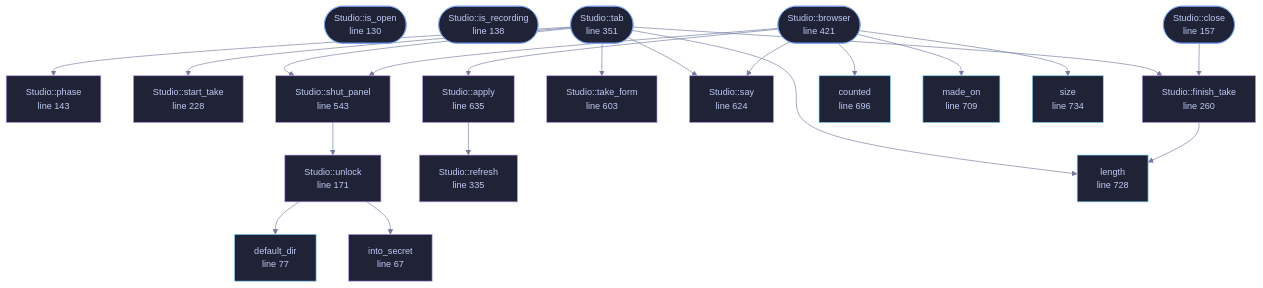
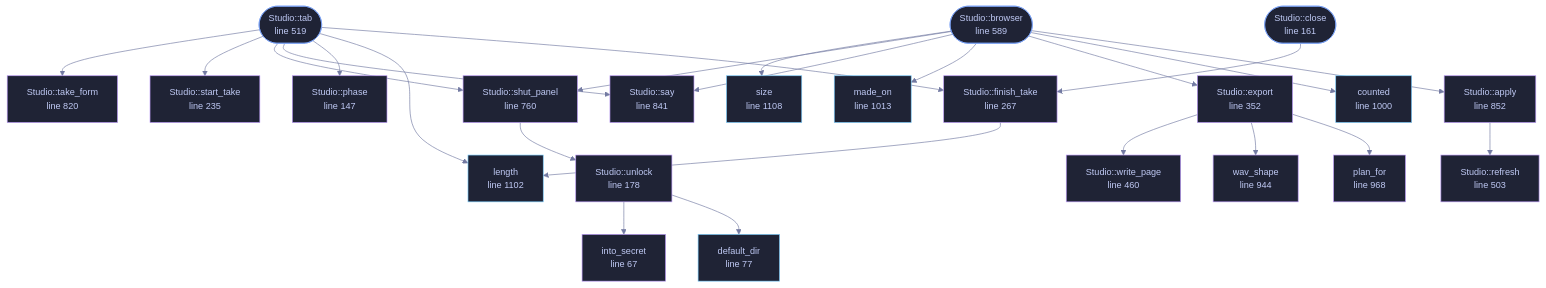
Before and after one commit to tilas01/veilvoice: the diagram in docs/files/veilvoice-gui/studio.md, drawn with Mermaid. The commit also changed other lines of this file and 20 other files, not shown here.

First line of the commit message:
studio: take a recording back out, as a page, a video, or both

````diff
--- a/docs/files/veilvoice-gui/studio.md
+++ b/docs/files/veilvoice-gui/studio.md
@@ -116,69 +120,77 @@
 ```mermaid
 %%{init: {"theme":"base","themeVariables":{"background":"#1a1b26","primaryColor":"#1f2335","primaryTextColor":"#c0caf5","primaryBorderColor":"#7aa2f7","secondaryColor":"#16161e","tertiaryColor":"#16161e","lineColor":"#737aa2","textColor":"#c0caf5","mainBkg":"#1f2335","nodeBorder":"#7aa2f7","clusterBkg":"#16161e","clusterBorder":"#2f3549","fontFamily":"ui-monospace, SFMono-Regular, Consolas, monospace","fontSize":"14px"}}}%%
 flowchart TD
     n_into_secret["into_secret<br/>line 67"]
     n_default_dir["default_dir<br/>line 77"]
-    n_is_open(["Studio::is_open<br/>line 130"])
-    n_is_recording(["Studio::is_recording<br/>line 138"])
-    n_phase["Studio::phase<br/>line 143"]
-    n_close(["Studio::close<br/>line 157"])
-    n_unlock["Studio::unlock<br/>line 171"]
-    n_start_take["Studio::start_take<br/>line 228"]
-    n_finish_take["Studio::finish_take<br/>line 260"]
-    n_refresh["Studio::refresh<br/>line 335"]
-    n_tab(["Studio::tab<br/>line 351"])
-    n_browser(["Studio::browser<br/>line 421"])
-    n_shut_panel["Studio::shut_panel<br/>line 543"]
-    n_take_form["Studio::take_form<br/>line 603"]
-    n_say["Studio::say<br/>line 624"]
-    n_apply["Studio::apply<br/>line 635"]
-    n_counted["counted<br/>line 696"]
-    n_made_on["made_on<br/>line 709"]
-    n_length["length<br/>line 728"]
-    n_size["size<br/>line 734"]
+    n_phase["Studio::phase<br/>line 147"]
+    n_close(["Studio::close<br/>line 161"])
+    n_unlock["Studio::unlock<br/>line 178"]
+    n_start_take["Studio::start_take<br/>line 235"]
+    n_finish_take["Studio::finish_take<br/>line 267"]
+    n_export["Studio::export<br/>line 352"]
+    n_write_page["Studio::write_page<br/>line 460"]
+    n_refresh["Studio::refresh<br/>line 503"]
+    n_tab(["Studio::tab<br/>line 519"])
+    n_browser(["Studio::browser<br/>line 589"])
+    n_shut_panel["Studio::shut_panel<br/>line 760"]
+    n_take_form["Studio::take_form<br/>line 820"]
+    n_say["Studio::say<br/>line 841"]
+    n_apply["Studio::apply<br/>line 852"]
+    n_wav_shape["wav_shape<br/>line 944"]
+    n_plan_for["plan_for<br/>line 968"]
+    n_counted["counted<br/>line 1000"]
+    n_made_on["made_on<br/>line 1013"]
+    n_length["length<br/>line 1102"]
+    n_size["size<br/>line 1108"]
     n_apply --> n_refresh
     n_browser --> n_apply
     n_browser --> n_counted
+    n_browser --> n_export
     n_browser --> n_made_on
     n_browser --> n_say
     n_browser --> n_shut_panel
     n_browser --> n_size
     n_close --> n_finish_take
+    n_export --> n_plan_for
+    n_export --> n_wav_shape
+    n_export --> n_write_page
     n_finish_take --> n_length
     n_shut_panel --> n_unlock
     n_tab --> n_finish_take
     n_tab --> n_length
     n_tab --> n_phase
     n_tab --> n_say
     n_tab --> n_shut_panel
     n_tab --> n_start_take
     n_tab --> n_take_form
     n_unlock --> n_default_dir
     n_unlock --> n_into_secret
     click n_into_secret href "https://github.com/tilas01/veilvoice/blob/main/crates/veilvoice-gui/src/studio.rs#L67" "open the source"
     click n_default_dir href "https://github.com/tilas01/veilvoice/blob/main/crates/veilvoice-gui/src/studio.rs#L77" "open the source"
-    click n_is_open href "https://github.com/tilas01/veilvoice/blob/main/crates/veilvoice-gui/src/studio.rs#L130" "open the source"
-    click n_is_recording href "https://github.com/tilas01/veilvoice/blob/main/crates/veilvoice-gui/src/studio.rs#L138" "open the source"
-    click n_phase href "https://github.com/tilas01/veilvoice/blob/main/crates/veilvoice-gui/src/studio.rs#L143" "open the source"
-    click n_close href "https://github.com/tilas01/veilvoice/blob/main/crates/veilvoice-gui/src/studio.rs#L157" "open the source"
-    click n_unlock href "https://github.com/tilas01/veilvoice/blob/main/crates/veilvoice-gui/src/studio.rs#L171" "open the source"
-    click n_start_take href "https://github.com/tilas01/veilvoice/blob/main/crates/veilvoice-gui/src/studio.rs#L228" "open the source"
-    click n_finish_take href "https://github.com/tilas01/veilvoice/blob/main/crates/veilvoice-gui/src/studio.rs#L260" "open the source"
-    click n_refresh href "https://github.com/tilas01/veilvoice/blob/main/crates/veilvoice-gui/src/studio.rs#L335" "open the source"
-    click n_tab href "https://github.com/tilas01/veilvoice/blob/main/crates/veilvoice-gui/src/studio.rs#L351" "open the source"
-    click n_browser href "https://github.com/tilas01/veilvoice/blob/main/crates/veilvoice-gui/src/studio.rs#L421" "open the source"
-    click n_shut_panel href "https://github.com/tilas01/veilvoice/blob/main/crates/veilvoice-gui/src/studio.rs#L543" "open the source"
-    click n_take_form href "https://github.com/tilas01/veilvoice/blob/main/crates/veilvoice-gui/src/studio.rs#L603" "open the source"
-    click n_say href "https://github.com/tilas01/veilvoice/blob/main/crates/veilvoice-gui/src/studio.rs#L624" "open the source"
-    click n_apply href "https://github.com/tilas01/veilvoice/blob/main/crates/veilvoice-gui/src/studio.rs#L635" "open the source"
-    click n_counted href "https://github.com/tilas01/veilvoice/blob/main/crates/veilvoice-gui/src/studio.rs#L696" "open the source"
-    click n_made_on href "https://github.com/tilas01/veilvoice/blob/main/crates/veilvoice-gui/src/studio.rs#L709" "open the source"
-    click n_length href "https://github.com/tilas01/veilvoice/blob/main/crates/veilvoice-gui/src/studio.rs#L728" "open the source"
-    click n_size href "https://github.com/tilas01/veilvoice/blob/main/crates/veilvoice-gui/src/studio.rs#L734" "open the source"
+    click n_phase href "https://github.com/tilas01/veilvoice/blob/main/crates/veilvoice-gui/src/studio.rs#L147" "open the source"
+    click n_close href "https://github.com/tilas01/veilvoice/blob/main/crates/veilvoice-gui/src/studio.rs#L161" "open the source"
+    click n_unlock href "https://github.com/tilas01/veilvoice/blob/main/crates/veilvoice-gui/src/studio.rs#L178" "open the source"
+    click n_start_take href "https://github.com/tilas01/veilvoice/blob/main/crates/veilvoice-gui/src/studio.rs#L235" "open the source"
+    click n_finish_take href "https://github.com/tilas01/veilvoice/blob/main/crates/veilvoice-gui/src/studio.rs#L267" "open the source"
+    click n_export href "https://github.com/tilas01/veilvoice/blob/main/crates/veilvoice-gui/src/studio.rs#L352" "open the source"
+    click n_write_page href "https://github.com/tilas01/veilvoice/blob/main/crates/veilvoice-gui/src/studio.rs#L460" "open the source"
+    click n_refresh href "https://github.com/tilas01/veilvoice/blob/main/crates/veilvoice-gui/src/studio.rs#L503" "open the source"
+    click n_tab href "https://github.com/tilas01/veilvoice/blob/main/crates/veilvoice-gui/src/studio.rs#L519" "open the source"
+    click n_browser href "https://github.com/tilas01/veilvoice/blob/main/crates/veilvoice-gui/src/studio.rs#L589" "open the source"
+    click n_shut_panel href "https://github.com/tilas01/veilvoice/blob/main/crates/veilvoice-gui/src/studio.rs#L760" "open the source"
+    click n_take_form href "https://github.com/tilas01/veilvoice/blob/main/crates/veilvoice-gui/src/studio.rs#L820" "open the source"
+    click n_say href "https://github.com/tilas01/veilvoice/blob/main/crates/veilvoice-gui/src/studio.rs#L841" "open the source"
+    click n_apply href "https://github.com/tilas01/veilvoice/blob/main/crates/veilvoice-gui/src/studio.rs#L852" "open the source"
+    click n_wav_shape href "https://github.com/tilas01/veilvoice/blob/main/crates/veilvoice-gui/src/studio.rs#L944" "open the source"
+    click n_plan_for href "https://github.com/tilas01/veilvoice/blob/main/crates/veilvoice-gui/src/studio.rs#L968" "open the source"
+    click n_counted href "https://github.com/tilas01/veilvoice/blob/main/crates/veilvoice-gui/src/studio.rs#L1000" "open the source"
+    click n_made_on href "https://github.com/tilas01/veilvoice/blob/main/crates/veilvoice-gui/src/studio.rs#L1013" "open the source"
+    click n_length href "https://github.com/tilas01/veilvoice/blob/main/crates/veilvoice-gui/src/studio.rs#L1102" "open the source"
+    click n_size href "https://github.com/tilas01/veilvoice/blob/main/crates/veilvoice-gui/src/studio.rs#L1108" "open the source"
     classDef entry fill:#1f2335,stroke:#7aa2f7,color:#c0caf5
-    class n_is_open,n_is_recording,n_close,n_tab,n_browser entry
+    class n_close,n_tab,n_browser entry
     classDef api fill:#1f2335,stroke:#7dcfff,color:#c0caf5
     class n_default_dir,n_counted,n_made_on,n_length,n_size api
     classDef helper fill:#1f2335,stroke:#bb9af7,color:#c0caf5
-    class n_into_secret,n_phase,n_unlock,n_start_take,n_finish_take,n_refresh,n_shut_panel,n_take_form,n_say,n_apply helper
+    class n_into_secret,n_phase,n_unlock,n_start_take,n_finish_take,n_export,n_write_page,n_refresh,n_shut_panel,n_take_form,n_say,n_apply,n_wav_shape,n_plan_for helper
 ```
````
